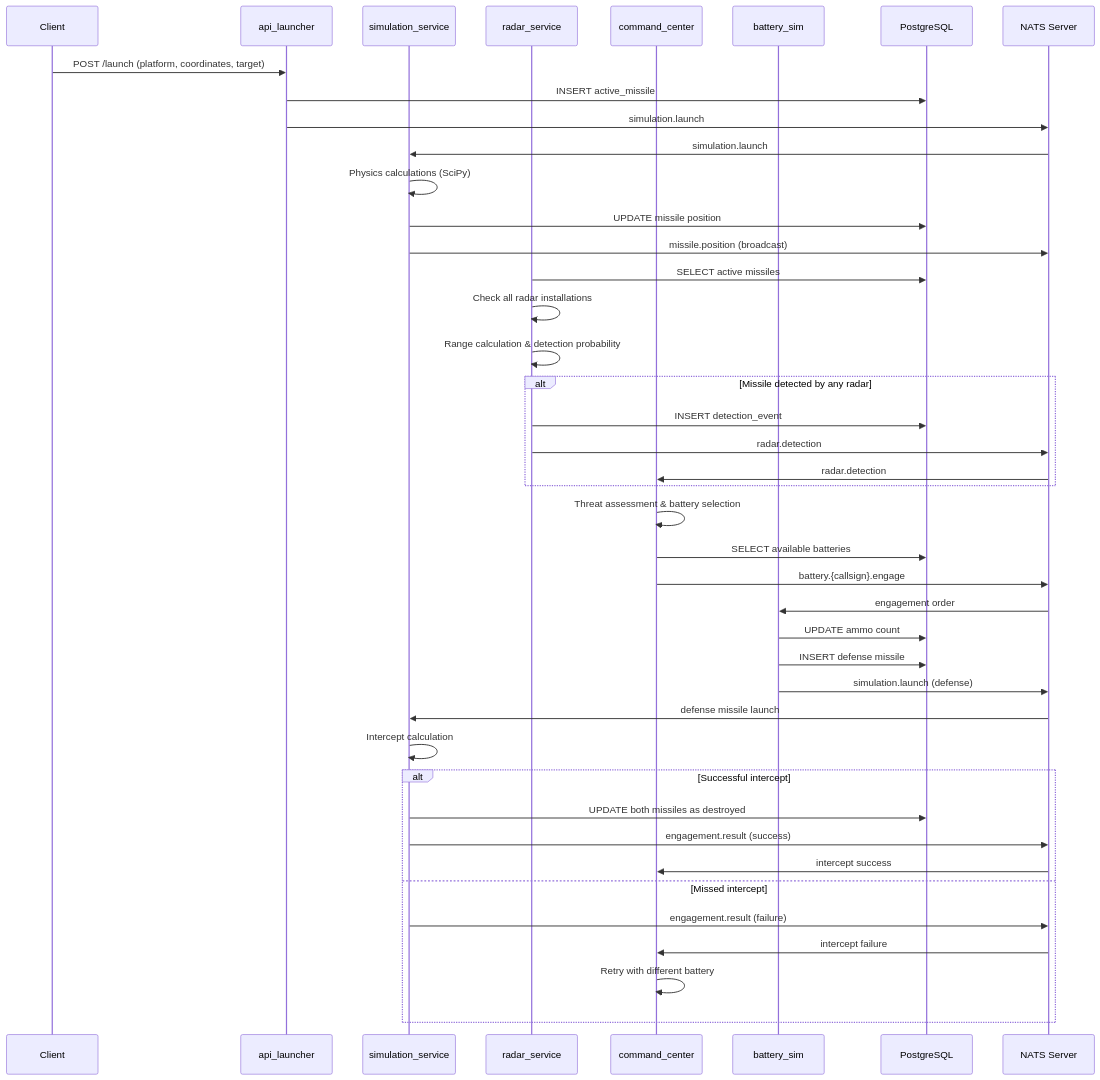
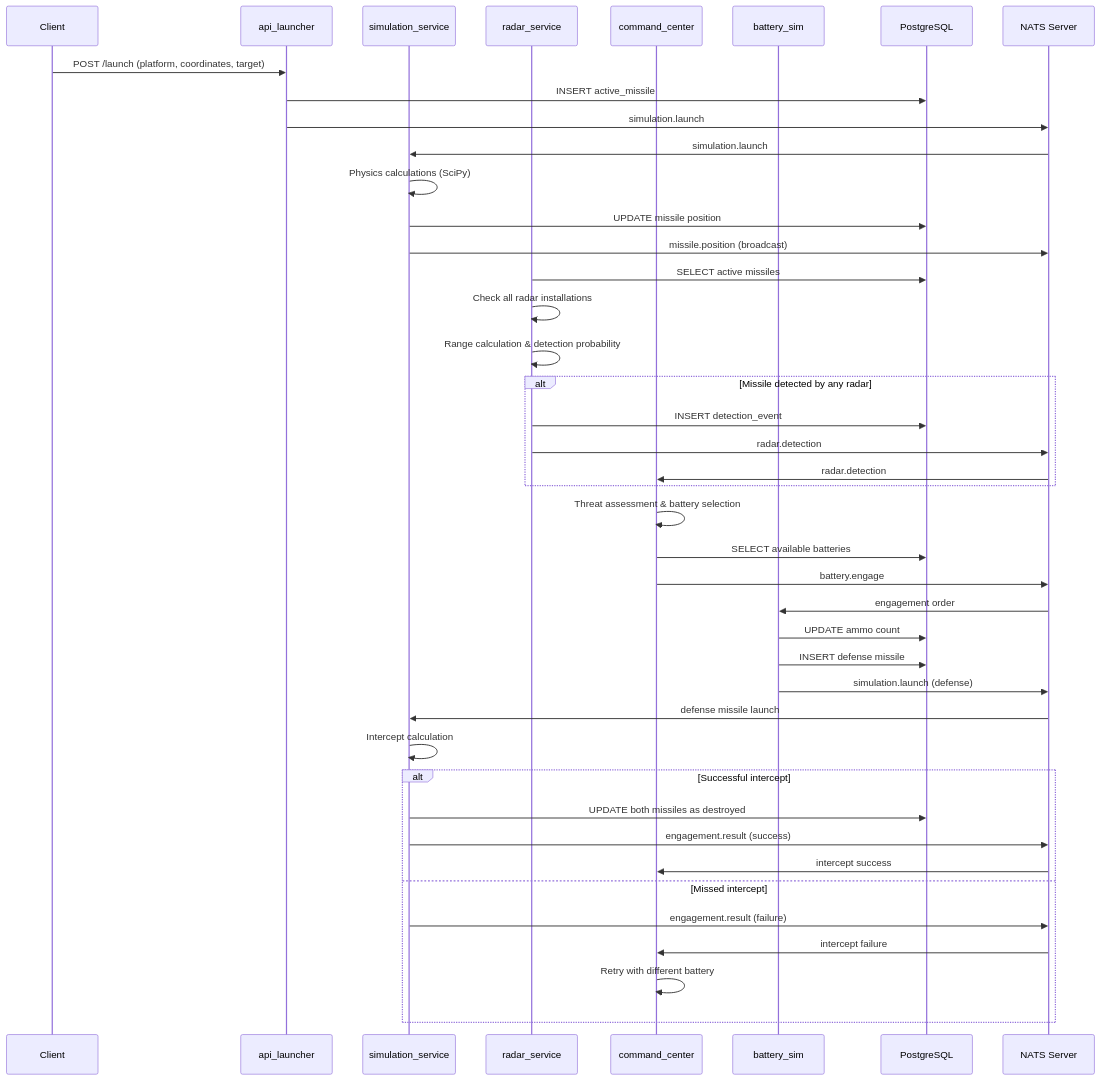
One commit to will-garrett/missile-defense-sim changed the second of 2 diagrams in README.md. Above: the diagram before and after it, drawn with Mermaid. The commit also changed other lines of this file, not shown here.

Commit message:
updating readme diagrams

````diff
--- a/README.md
+++ b/README.md
@@ -140,56 +140,56 @@
 ```mermaid
 sequenceDiagram
     participant Client
     participant API as api_launcher
     participant SS as simulation_service
     participant RS as radar_service
     participant CC as command_center
     participant Battery as battery_sim
     participant DB as PostgreSQL
     participant NATS as NATS Server
     
     %% Missile Launch
     Client->>API: POST /launch (platform, coordinates, target)
     API->>DB: INSERT active_missile
     API->>NATS: simulation.launch
     NATS->>SS: simulation.launch
     
     %% Physics Simulation
     SS->>SS: Physics calculations (SciPy)
     SS->>DB: UPDATE missile position
     SS->>NATS: missile.position (broadcast)
     
     %% Radar Detection (Multiple Installations)
     RS->>DB: SELECT active missiles
     RS->>RS: Check all radar installations
     RS->>RS: Range calculation & detection probability
     alt Missile detected by any radar
         RS->>DB: INSERT detection_event
         RS->>NATS: radar.detection
         NATS->>CC: radar.detection
     end
     
     %% Threat Assessment
     CC->>CC: Threat assessment & battery selection
     CC->>DB: SELECT available batteries
-    CC->>NATS: battery.{callsign}.engage
+    CC->>NATS: battery.engage
     NATS->>Battery: engagement order
     
     %% Counter-Missile Launch
     Battery->>DB: UPDATE ammo count
     Battery->>DB: INSERT defense missile
     Battery->>NATS: simulation.launch (defense)
     NATS->>SS: defense missile launch
     
     %% Intercept Simulation
     SS->>SS: Intercept calculation
     alt Successful intercept
         SS->>DB: UPDATE both missiles as destroyed
         SS->>NATS: engagement.result (success)
         NATS->>CC: intercept success
     else Missed intercept
         SS->>NATS: engagement.result (failure)
         NATS->>CC: intercept failure
         CC->>CC: Retry with different battery
     end
 ```
````
